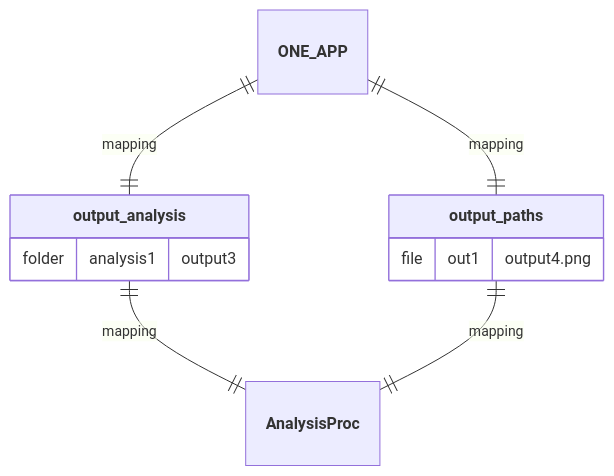
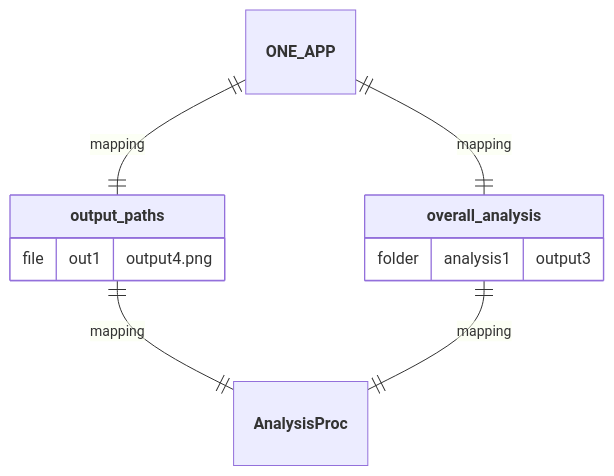
The fourth of 5 diagrams in src/apps/ONE_APP/README.md (nuremics/nuremics-labs), drawn with Mermaid before and after one commit.

Commit message:
update ONE_APP README

````diff
--- a/src/apps/ONE_APP/README.md
+++ b/src/apps/ONE_APP/README.md
@@ -78,14 +78,14 @@
 ```mermaid
 erDiagram
   **ONE_APP** ||--|| **output_paths** : mapping
-  **ONE_APP** ||--|| **output_analysis** : mapping
-  **output_analysis** ||--|| **AnalysisProc** : mapping
+  **ONE_APP** ||--|| **overall_analysis** : mapping
   **output_paths** ||--|| **AnalysisProc** : mapping
+  **overall_analysis** ||--|| **AnalysisProc** : mapping
 
-  **output_analysis** {
-    folder analysis1 "output3"
-  }
   **output_paths** {
     file out1 "output4.png"
   }
+  **overall_analysis** {
+    folder analysis1 "output3"
+  }
 ```
````
